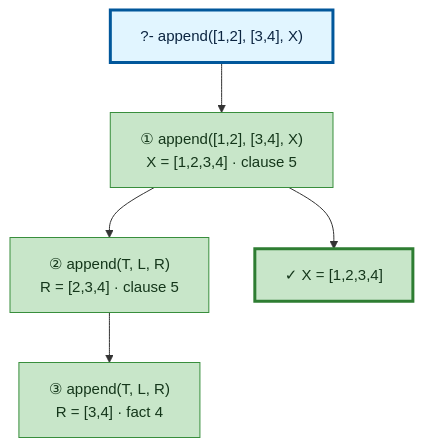
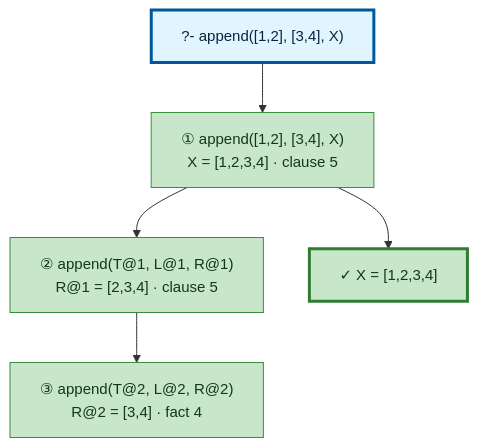
The diagram in examples/append-output-new.md (textologylabs/prolog-trace-viz), drawn with Mermaid before and after one commit. The commit also changed other lines of this file and 9 other files, not shown here.

````diff
--- a/examples/append-output-new.md
+++ b/examples/append-output-new.md
@@ -52,24 +52,24 @@
 ```mermaid
 %%{init: {'flowchart': {'nodeSpacing': 46, 'rankSpacing': 50}, 'themeVariables': {'fontSize': '15px'}}}%%
 graph TD
 
 %% Nodes
 A["?- append([1,2], [3,4], X)"]
 B["① append([1,2], [3,4], X)<br/>X = [1,2,3,4] · clause 5"]
-C["② append(T, L, R)<br/>R = [2,3,4] · clause 5"]
-D["③ append(T, L, R)<br/>R = [3,4] · fact 4"]
+C["② append(T@1, L@1, R@1)<br/>R@1 = [2,3,4] · clause 5"]
+D["③ append(T@2, L@2, R@2)<br/>R@2 = [3,4] · fact 4"]
 E["✓ X = [1,2,3,4]"]
 
 %% Flow
 A --> B
 B --> C
 C --> D
 B --> E
 
 %% Styles
 style A fill:#e1f5ff,stroke:#01579b,stroke-width:3px,color:#0b2440
 style B fill:#c8e6c9,stroke:#388e3c,color:#14361a
 style C fill:#c8e6c9,stroke:#388e3c,color:#14361a
 style D fill:#c8e6c9,stroke:#388e3c,color:#14361a
 style E fill:#c8e6c9,stroke:#2e7d32,stroke-width:3px,color:#14361a
 ```
````
